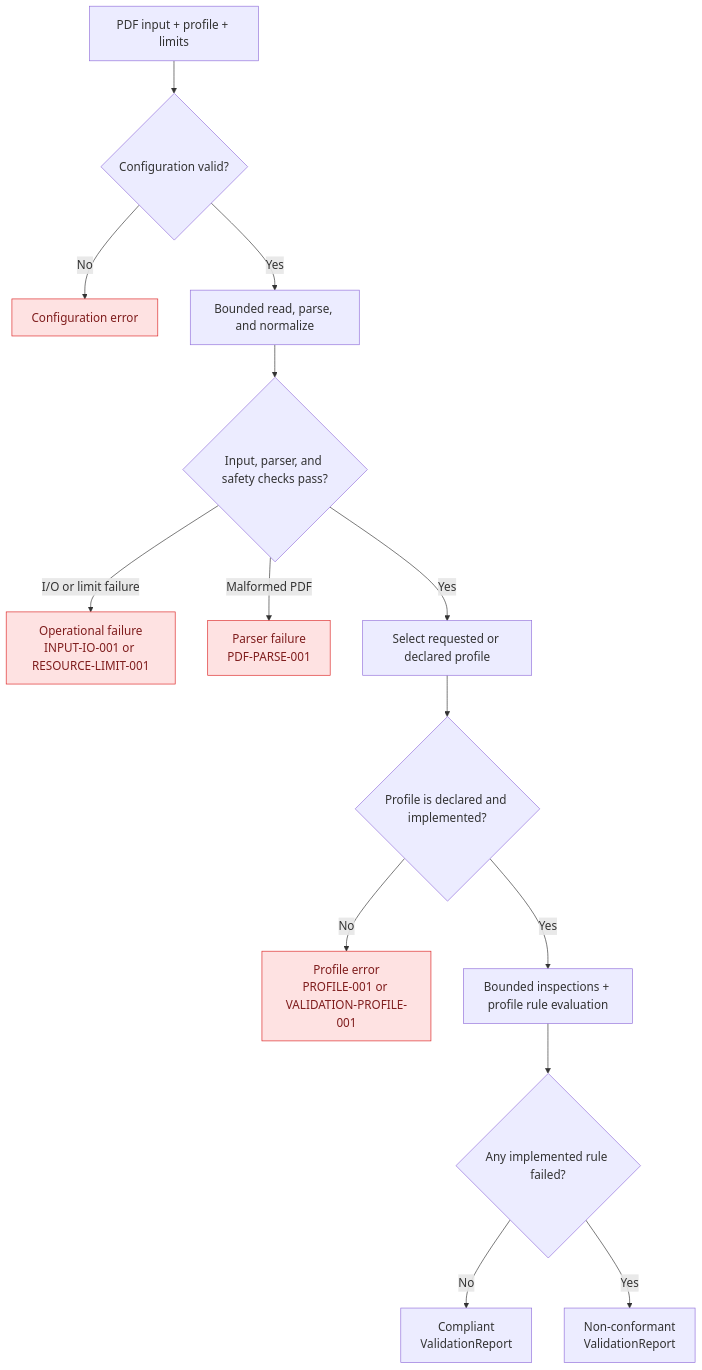
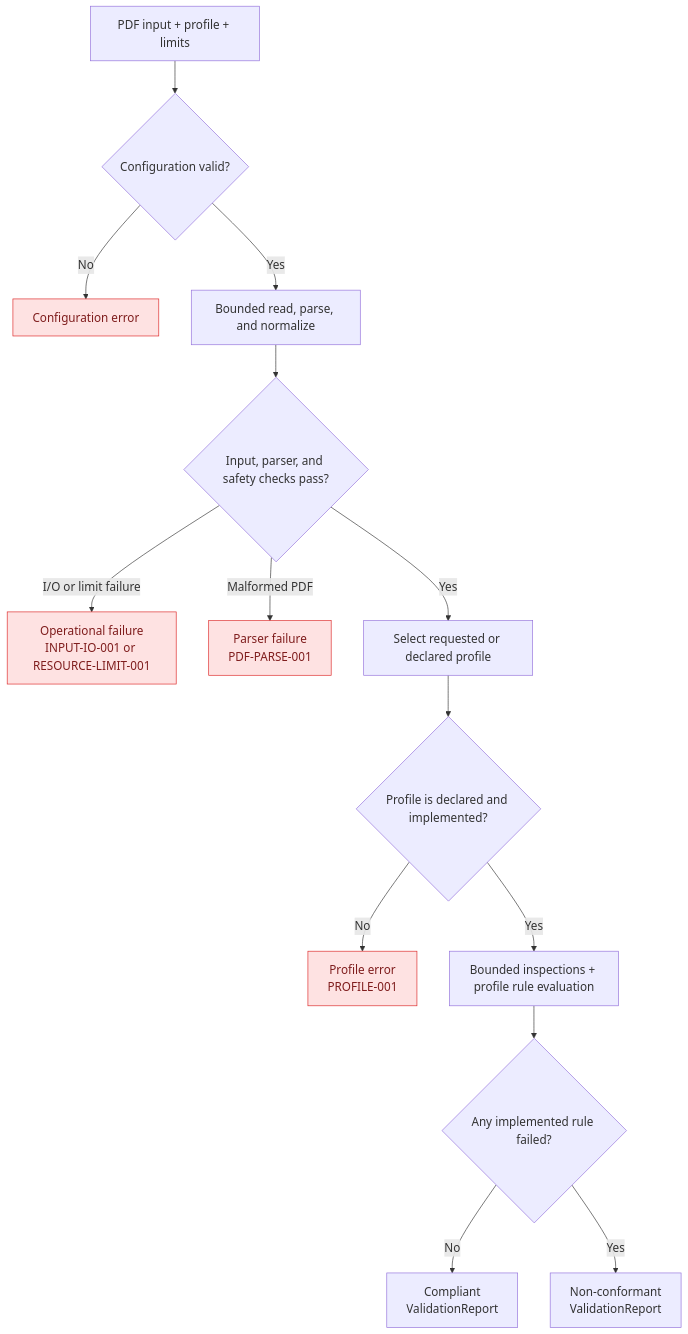
Before and after one commit to JosephBARBIERDARNAL/page: the diagram in docs/contributing/project-internals-overview.md, drawn with Mermaid. The commit also changed 14 other files, not shown here.

````diff
--- a/docs/contributing/project-internals-overview.md
+++ b/docs/contributing/project-internals-overview.md
@@ -3,20 +3,20 @@
 ```mermaid
 %%{init: {"themeVariables": {"fontSize": "18px"}}}%%
 flowchart TD
     A["PDF input + profile + limits"] --> B{"Configuration valid?"}
     B -- "No" --> E1["Configuration error"]
     B -- "Yes" --> C["Bounded read, parse, and normalize"]
     C --> D{"Input, parser, and safety checks pass?"}
     D -- "I/O or limit failure" --> E2["Operational failure\nINPUT-IO-001 or RESOURCE-LIMIT-001"]
     D -- "Malformed PDF" --> E3["Parser failure\nPDF-PARSE-001"]
     D -- "Yes" --> F["Select requested or declared profile"]
     F --> G{"Profile is declared and implemented?"}
-    G -- "No" --> E4["Profile error\nPROFILE-001 or VALIDATION-PROFILE-001"]
+    G -- "No" --> E4["Profile error\nPROFILE-001"]
     G -- "Yes" --> H["Bounded inspections + profile rule evaluation"]
     H --> I{"Any implemented rule failed?"}
     I -- "No" --> J["Compliant\nValidationReport"]
     I -- "Yes" --> K["Non-conformant\nValidationReport"]
 
     classDef error fill:#fee2e2,stroke:#dc2626,color:#7f1d1d;
     class E1,E2,E3,E4 error;
 ```
````
